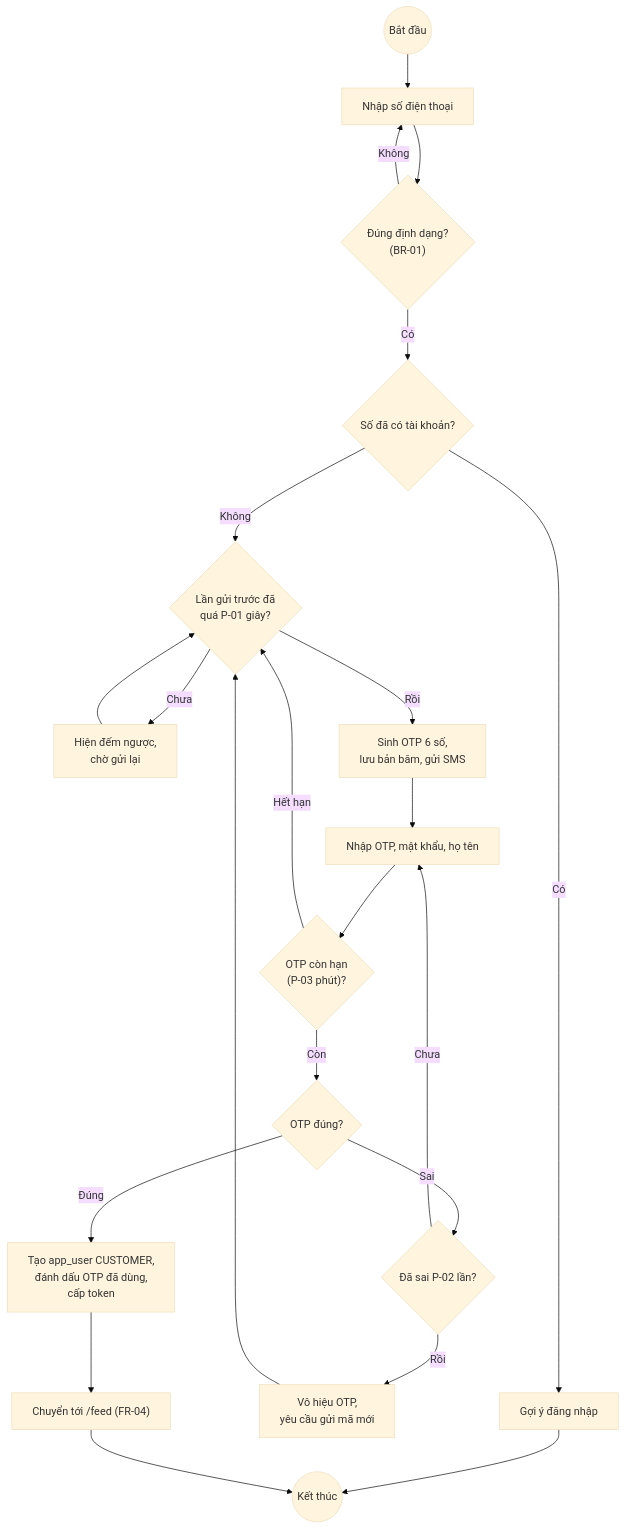
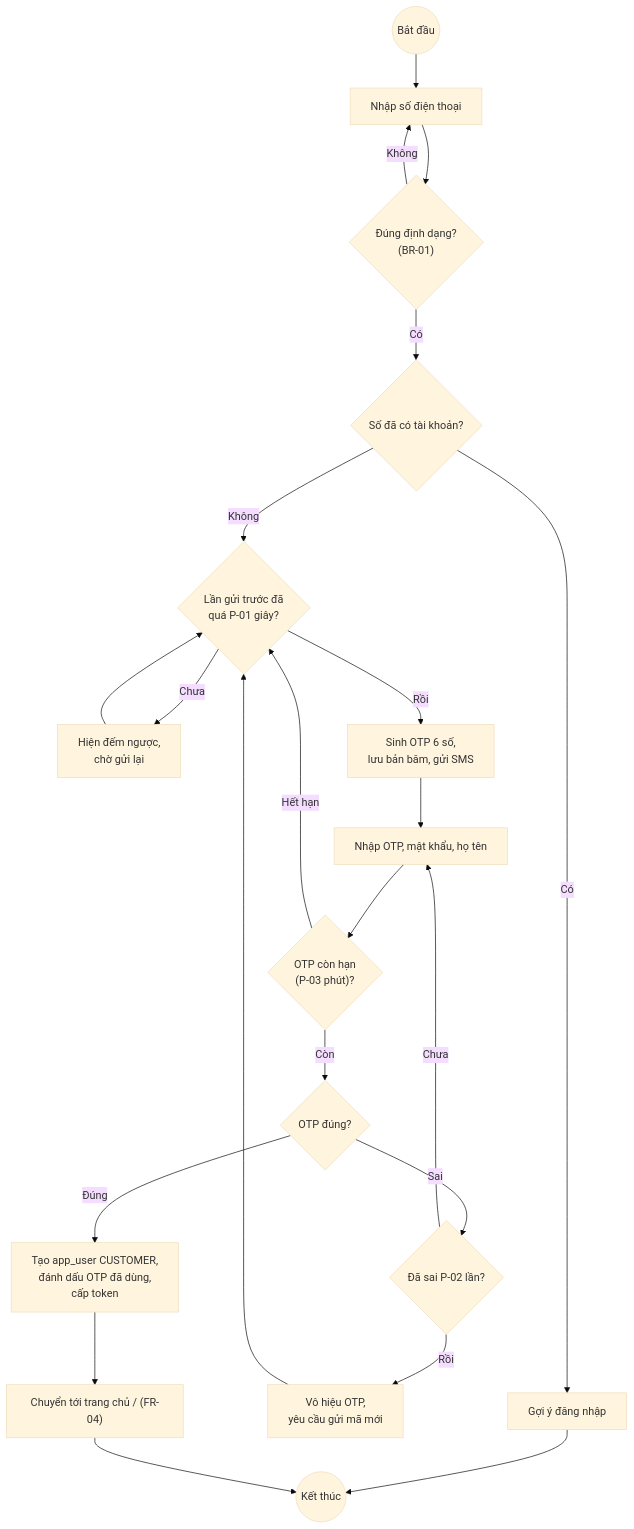
One commit to ThanhQuy-wolf/Coffee-Shop-Backup changed the third of 7 diagrams in docs/06-activity.md. Above: the diagram before and after it, drawn with Mermaid (base theme). The commit also changed other lines of this file and 65 other files, not shown here.

````diff
--- a/docs/06-activity.md
+++ b/docs/06-activity.md
@@ -91,20 +86,20 @@
 ```mermaid
 flowchart TD
     R0(("Bắt đầu")) --> R1["Nhập số điện thoại"]
     R1 --> R2{"Đúng định dạng?<br/>(BR-01)"}
     R2 -- "Không" --> R1
     R2 -- "Có" --> R3{"Số đã có tài khoản?"}
     R3 -- "Có" --> R4["Gợi ý đăng nhập"] --> R99(("Kết thúc"))
     R3 -- "Không" --> R5{"Lần gửi trước đã<br/>quá P-01 giây?"}
     R5 -- "Chưa" --> R6["Hiện đếm ngược,<br/>chờ gửi lại"] --> R5
     R5 -- "Rồi" --> R7["Sinh OTP 6 số,<br/>lưu bản băm, gửi SMS"]
     R7 --> R8["Nhập OTP, mật khẩu, họ tên"]
     R8 --> R9{"OTP còn hạn<br/>(P-03 phút)?"}
     R9 -- "Hết hạn" --> R5
     R9 -- "Còn" --> R10{"OTP đúng?"}
     R10 -- "Sai" --> R11{"Đã sai P-02 lần?"}
     R11 -- "Chưa" --> R8
     R11 -- "Rồi" --> R12["Vô hiệu OTP,<br/>yêu cầu gửi mã mới"] --> R5
     R10 -- "Đúng" --> R13["Tạo app_user CUSTOMER,<br/>đánh dấu OTP đã dùng,<br/>cấp token"]
-    R13 --> R14["Chuyển tới /feed (FR-04)"] --> R99
+    R13 --> R14["Chuyển tới trang chủ / (FR-04)"] --> R99
 ```
````
